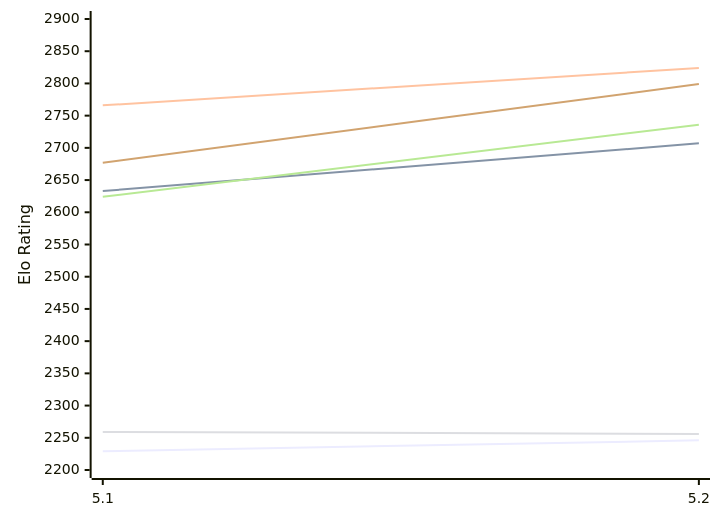
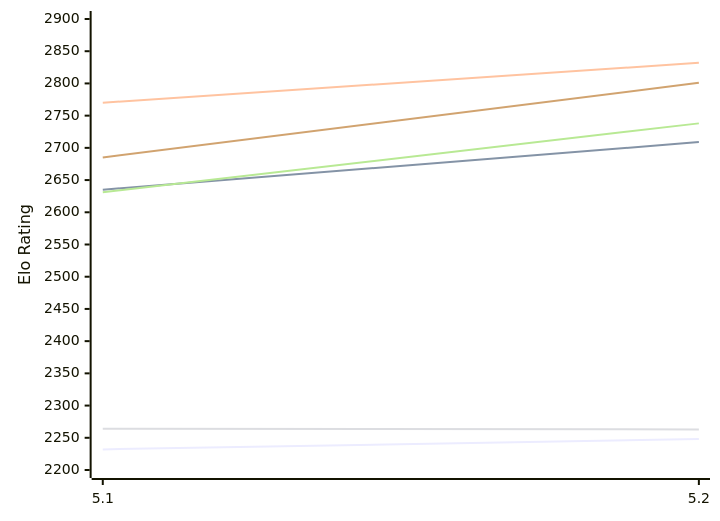
Before and after one commit to computer-chess-index/cci: the first of 2 diagrams in engines/Dorky.md, drawn with Mermaid. The commit also changed other lines of this file, not shown here.

Commit message:
Update CCI Ratings (ELO VLTC) - 2026-11-25

````diff
--- a/engines/Dorky.md
+++ b/engines/Dorky.md
@@ -50,12 +50,12 @@
 ```mermaid
 %%{init: {"theme":"base","themeVariables":{"seriesColors:['#a3a3a3','#222221','#faa371']}}}%%
 xychart-beta
   x-axis ["5.1", "5.2"]
   y-axis "Elo Rating" 2200 --> 2900
-  line "E1: STC (8.0+0.08s)" [2229, 2246]
-  line "E1: LTC (60.0+0.60s)" [2633, 2707]
-  line "E1: VLTC (2m24s+1.12s)" [2766, 2824]
-  line "P1: STC (8.0+0.08s)" [2259, 2256]
-  line "P1: LTC (60.0+0.60s)" [2624, 2736]
-  line "P1: VLTC (2m24s+1.12s)" [2677, 2799]
+  line "E1: STC (8.0+0.08s)" [2232, 2248]
+  line "E1: LTC (60.0+0.60s)" [2635, 2709]
+  line "E1: VLTC (2m24s+1.12s)" [2770, 2832]
+  line "P1: STC (8.0+0.08s)" [2264, 2263]
+  line "P1: LTC (60.0+0.60s)" [2631, 2738]
+  line "P1: VLTC (2m24s+1.12s)" [2685, 2801]
 ```
````
